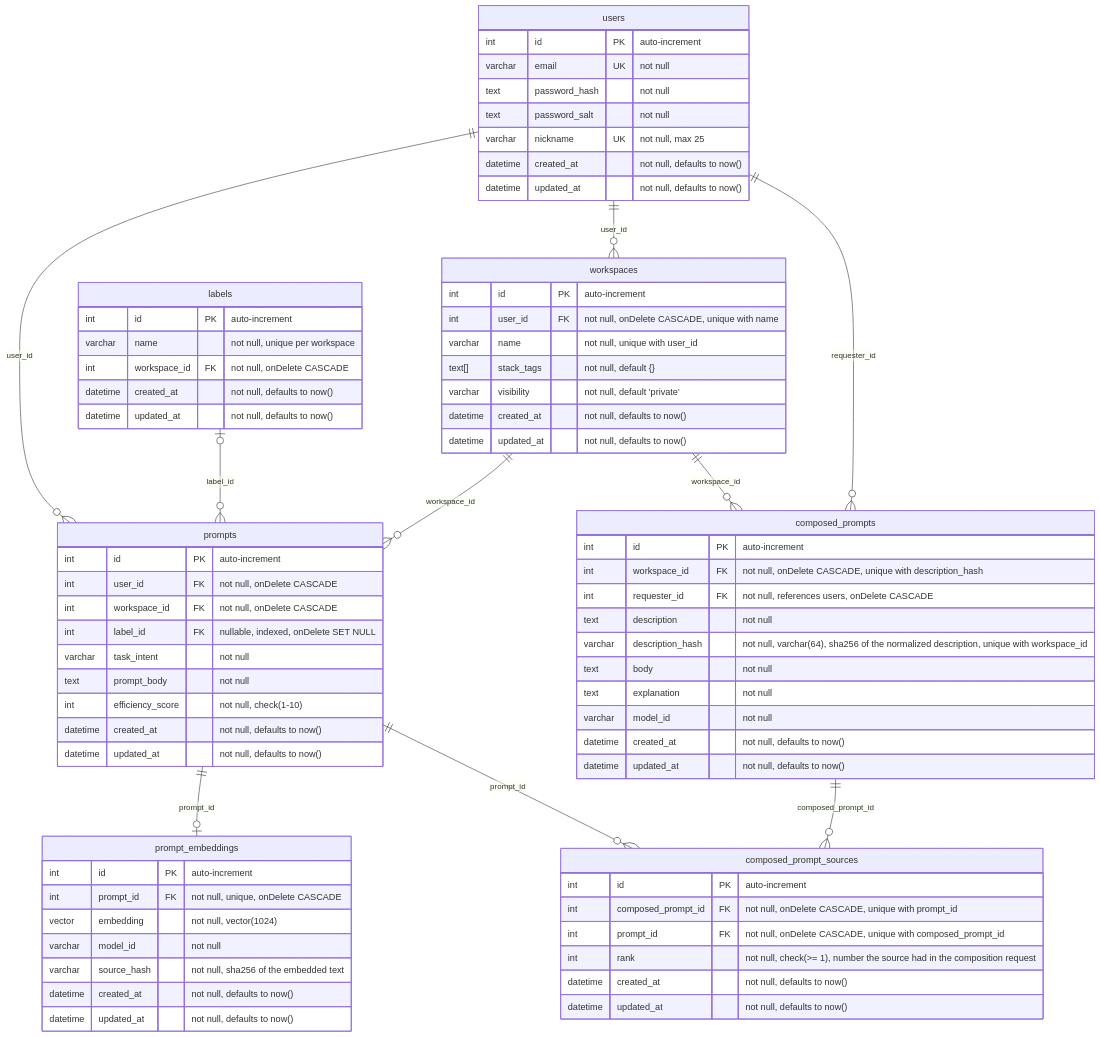
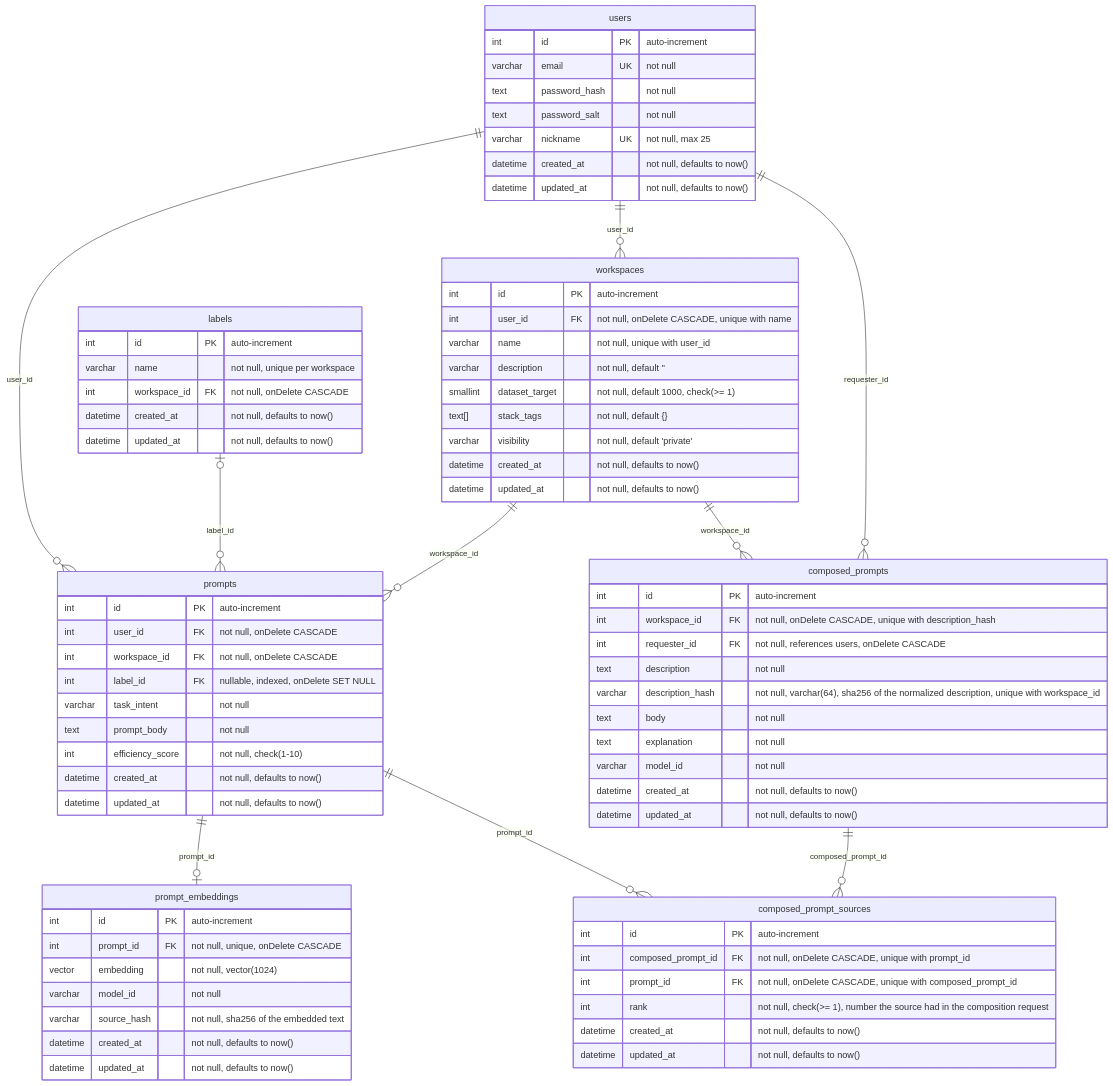
One commit to BinaryStudioAcademy/bsa-2026-promtomat changed the diagram in readme.md. Above: the diagram before and after it, drawn with Mermaid. The commit also changed 1 other file, not shown here.

Commit message:
feat: add dataset target column to workspaces pm-243

```diff
--- a/readme.md
+++ b/readme.md
@@ -65,6 +65,8 @@
         int id PK "auto-increment"
         int user_id FK "not null, onDelete CASCADE, unique with name"
         varchar name "not null, unique with user_id"
+        varchar description "not null, default ''"
+        smallint dataset_target "not null, default 1000, check(>= 1)"
         text[] stack_tags "not null, default {}"
         varchar visibility "not null, default 'private'"
         datetime created_at "not null, defaults to now()"
```
